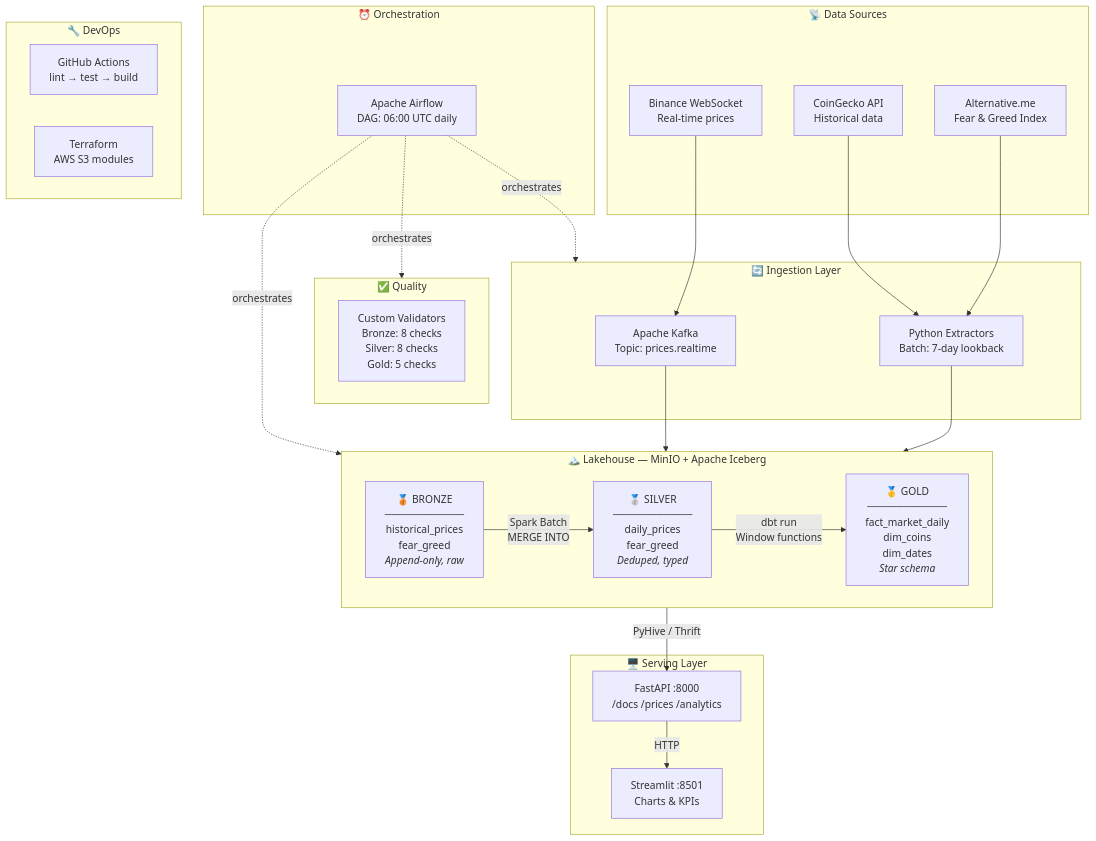
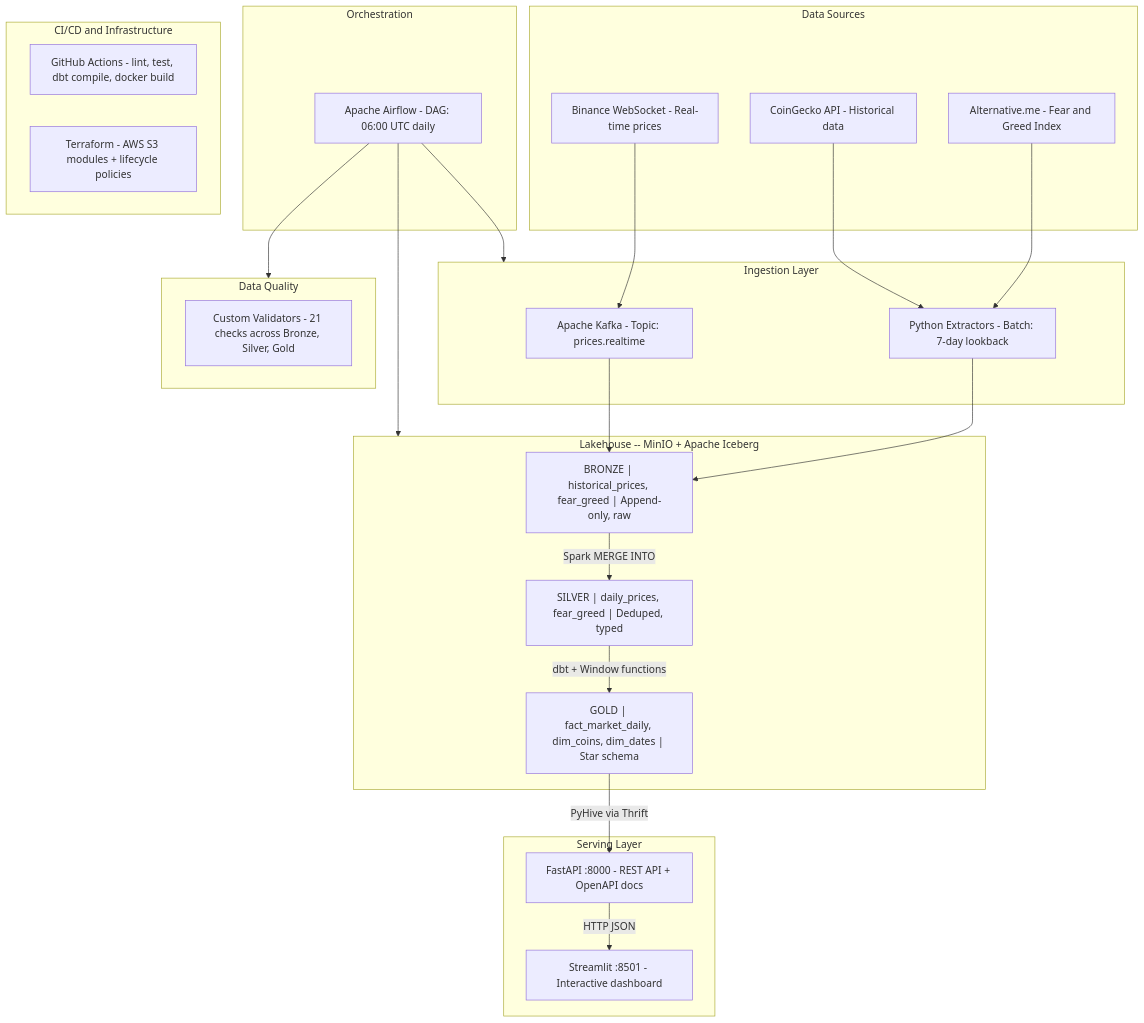
One commit to joseluis-m/cryptolake changed the diagram in docs/diagrams/architecture.mermaid. Above: the diagram before and after it, drawn with Mermaid.

```diff
--- a/docs/diagrams/architecture.mermaid
+++ b/docs/diagrams/architecture.mermaid
@@ -1,49 +1,48 @@
 graph TB
-    subgraph Sources["📡 Data Sources"]
-        BN[Binance WebSocket<br/>Real-time prices]
-        CG[CoinGecko API<br/>Historical data]
-        FG[Alternative.me<br/>Fear & Greed Index]
+    subgraph Sources["Data Sources"]
+        BN["Binance WebSocket - Real-time prices"]
+        CG["CoinGecko API - Historical data"]
+        FG["Alternative.me - Fear and Greed Index"]
     end
 
-    subgraph Ingestion["🔄 Ingestion Layer"]
-        KF[Apache Kafka<br/>Topic: prices.realtime]
-        EX[Python Extractors<br/>Batch: 7-day lookback]
+    subgraph Ingestion["Ingestion Layer"]
+        KF["Apache Kafka - Topic: prices.realtime"]
+        EX["Python Extractors - Batch: 7-day lookback"]
     end
 
-    subgraph Lakehouse["🏔️ Lakehouse — MinIO + Apache Iceberg"]
-        direction LR
-        BR["🥉 BRONZE<br/>───────────<br/>historical_prices<br/>fear_greed<br/><i>Append-only, raw</i>"]
-        SL["🥈 SILVER<br/>───────────<br/>daily_prices<br/>fear_greed<br/><i>Deduped, typed</i>"]
-        GL["🥇 GOLD<br/>───────────<br/>fact_market_daily<br/>dim_coins<br/>dim_dates<br/><i>Star schema</i>"]
-        BR -->|"Spark Batch<br/>MERGE INTO"| SL
-        SL -->|"dbt run<br/>Window functions"| GL
+    subgraph Lakehouse["Lakehouse -- MinIO + Apache Iceberg"]
+        BR["BRONZE | historical_prices, fear_greed | Append-only, raw"]
+        SL["SILVER | daily_prices, fear_greed | Deduped, typed"]
+        GL["GOLD | fact_market_daily, dim_coins, dim_dates | Star schema"]
+        BR -->|"Spark MERGE INTO"| SL
+        SL -->|"dbt + Window functions"| GL
     end
 
-    subgraph Orchestration["⏰ Orchestration"]
-        AF[Apache Airflow<br/>DAG: 06:00 UTC daily]
+    subgraph Orchestration["Orchestration"]
+        AF["Apache Airflow - DAG: 06:00 UTC daily"]
     end
 
-    subgraph Quality["✅ Quality"]
-        DQ[Custom Validators<br/>Bronze: 8 checks<br/>Silver: 8 checks<br/>Gold: 5 checks]
+    subgraph Quality["Data Quality"]
+        DQ["Custom Validators - 21 checks across Bronze, Silver, Gold"]
     end
 
-    subgraph Serving["🖥️ Serving Layer"]
-        API[FastAPI :8000<br/>/docs /prices /analytics]
-        DB[Streamlit :8501<br/>Charts & KPIs]
+    subgraph Serving["Serving Layer"]
+        API["FastAPI :8000 - REST API + OpenAPI docs"]
+        DB["Streamlit :8501 - Interactive dashboard"]
     end
 
-    subgraph CICD["🔧 DevOps"]
-        GH[GitHub Actions<br/>lint → test → build]
-        TF[Terraform<br/>AWS S3 modules]
+    subgraph DevOps["CI/CD and Infrastructure"]
+        GH["GitHub Actions - lint, test, dbt compile, docker build"]
+        TF["Terraform - AWS S3 modules + lifecycle policies"]
     end
 
     BN --> KF
     CG --> EX
     FG --> EX
     KF --> BR
     EX --> BR
-    AF -.->|orchestrates| Ingestion
-    AF -.->|orchestrates| Lakehouse
-    AF -.->|orchestrates| Quality
-    GL -->|PyHive / Thrift| API
-    API -->|HTTP| DB
+    AF --> Ingestion
+    AF --> Lakehouse
+    AF --> Quality
+    GL -->|"PyHive via Thrift"| API
+    API -->|"HTTP JSON"| DB
```
